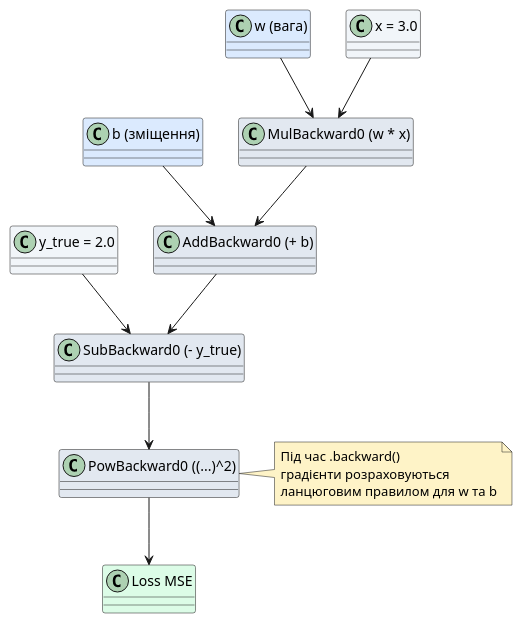
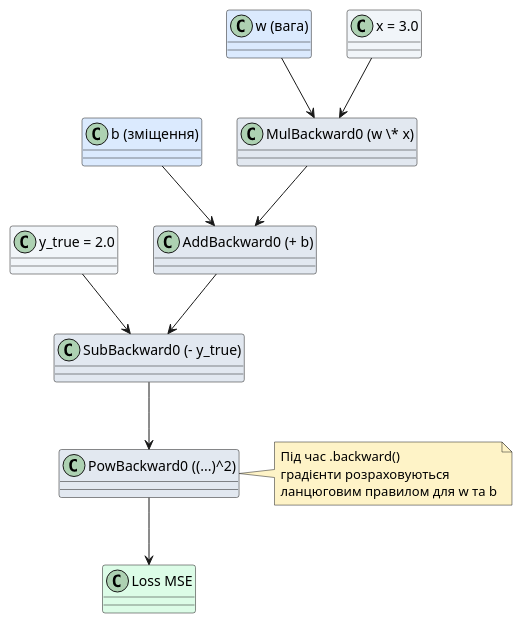
One commit to arakviel/kostyl.dev changed diagram 11 of 14 in content/16.ai-python/13.pytorch-intro/01.tensors-and-autograd.md. Above: the diagram before and after it, drawn with PlantUML. The commit also changed other lines of this file and 11 other files, not shown here.

```diff
--- a/content/16.ai-python/13.pytorch-intro/01.tensors-and-autograd.md
+++ b/content/16.ai-python/13.pytorch-intro/01.tensors-and-autograd.md
@@ -2561,30 +2586,30 @@
 @startuml
 skinparam style plain
 skinparam backgroundColor #FFFFFF
 
 class "w (вага)" as w #DBEAFE
 class "b (зміщення)" as b #DBEAFE
 class "x = 3.0" as x #F1F5F9
 class "y_true = 2.0" as y_true #F1F5F9
 
-class "MulBackward0 (w * x)" as mul #E2E8F0
+class "MulBackward0 (w \* x)" as mul #E2E8F0
 class "AddBackward0 (+ b)" as add #E2E8F0
 class "SubBackward0 (- y_true)" as sub #E2E8F0
 class "PowBackward0 ((...)^2)" as pow #E2E8F0
 class "Loss MSE" as loss #DCFCE7
 
 x --> mul
 w --> mul
 mul --> add
 b --> add
 add --> sub
 y_true --> sub
 sub --> pow
 pow --> loss
 
 note right of pow #FEF3C7
-  Під час .backward()
-  градієнти розраховуються
-  ланцюговим правилом для w та b
+Під час .backward()
+градієнти розраховуються
+ланцюговим правилом для w та b
 end note
 @enduml
```
